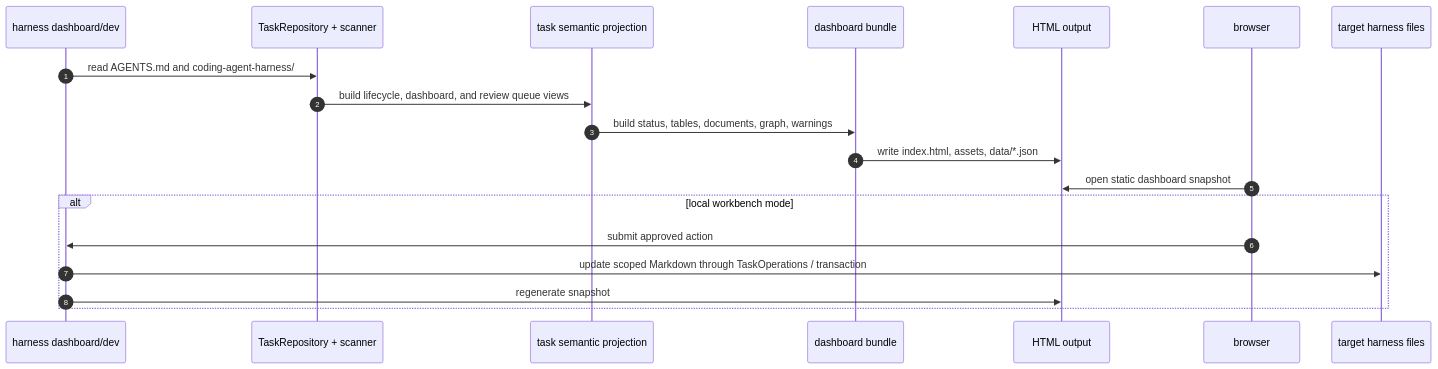
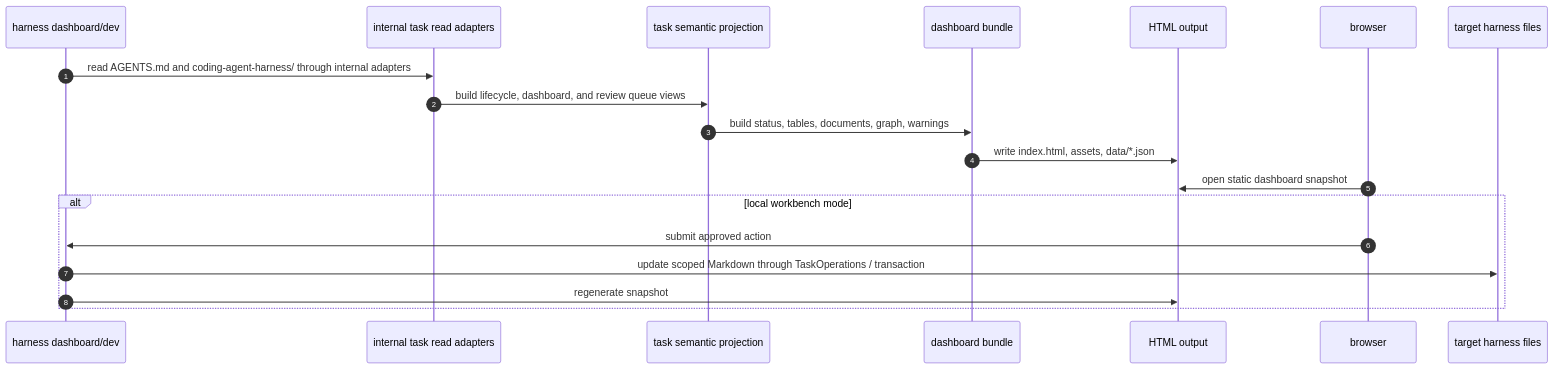
Before and after one commit to FairladyZ625/coding-agent-harness: the fifth of 11 diagrams in docs-release/architecture/overview.md, drawn with Mermaid. The commit also changed other lines of this file and 8 other files, not shown here.

Commit message:
docs(architecture): align release docs with retired package surface

````diff
--- a/docs-release/architecture/overview.md
+++ b/docs-release/architecture/overview.md
@@ -141,22 +141,22 @@
 ```mermaid
 sequenceDiagram
   autonumber
   participant CLI as harness dashboard/dev
-  participant Repo as TaskRepository + scanner
+  participant Repo as internal task read adapters
   participant Projection as task semantic projection
   participant Bundle as dashboard bundle
   participant Output as HTML output
   participant Browser as browser
   participant Target as target harness files
 
-  CLI->>Repo: read AGENTS.md and coding-agent-harness/
+  CLI->>Repo: read AGENTS.md and coding-agent-harness/ through internal adapters
   Repo->>Projection: build lifecycle, dashboard, and review queue views
   Projection->>Bundle: build status, tables, documents, graph, warnings
   Bundle->>Output: write index.html, assets, data/*.json
   Browser->>Output: open static dashboard snapshot
   alt local workbench mode
     Browser->>CLI: submit approved action
     CLI->>Target: update scoped Markdown through TaskOperations / transaction
     CLI->>Output: regenerate snapshot
   end
 ```
````
